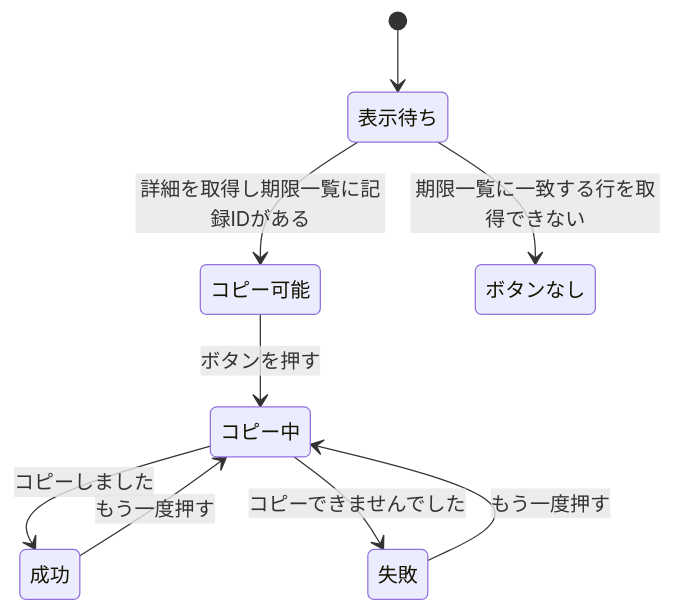
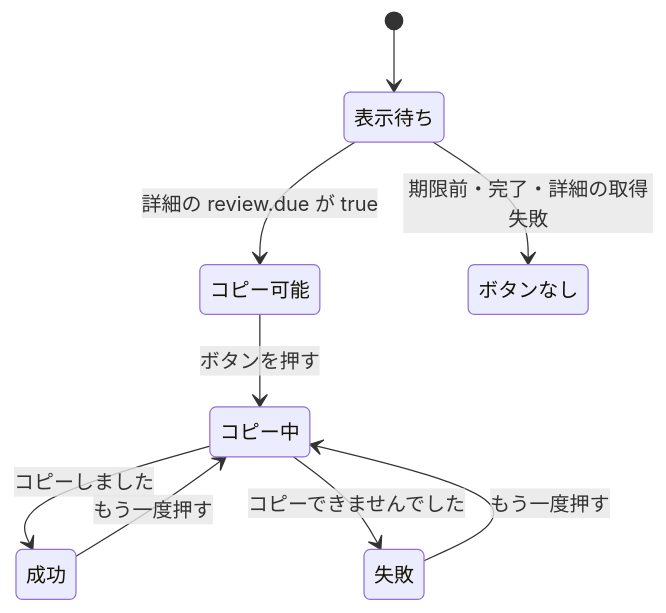
Before and after one commit to kushima-takeshi/code-learning-companion: the diagram in docs/learning/review-resume-copy.md, drawn with Mermaid. The commit also changed other lines of this file and 7 other files, not shown here.

````diff
--- a/docs/learning/review-resume-copy.md
+++ b/docs/learning/review-resume-copy.md
@@ -15,11 +15,11 @@
 ```mermaid
 stateDiagram-v2
     [*] --> 表示待ち
-    表示待ち --> コピー可能: 詳細を取得し期限一覧に記録IDがある
-    表示待ち --> ボタンなし: 期限一覧に一致する行を取得できない
+    表示待ち --> コピー可能: 詳細の review.due が true
+    表示待ち --> ボタンなし: 期限前・完了・詳細の取得失敗
     コピー可能 --> コピー中: ボタンを押す
     コピー中 --> 成功: コピーしました
     コピー中 --> 失敗: コピーできませんでした
     成功 --> コピー中: もう一度押す
     失敗 --> コピー中: もう一度押す
 ```
````
